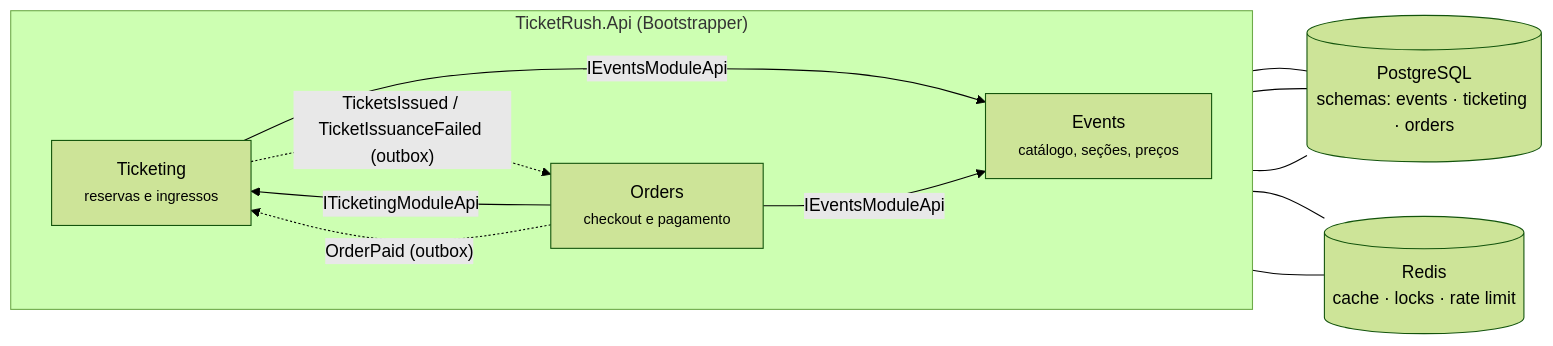
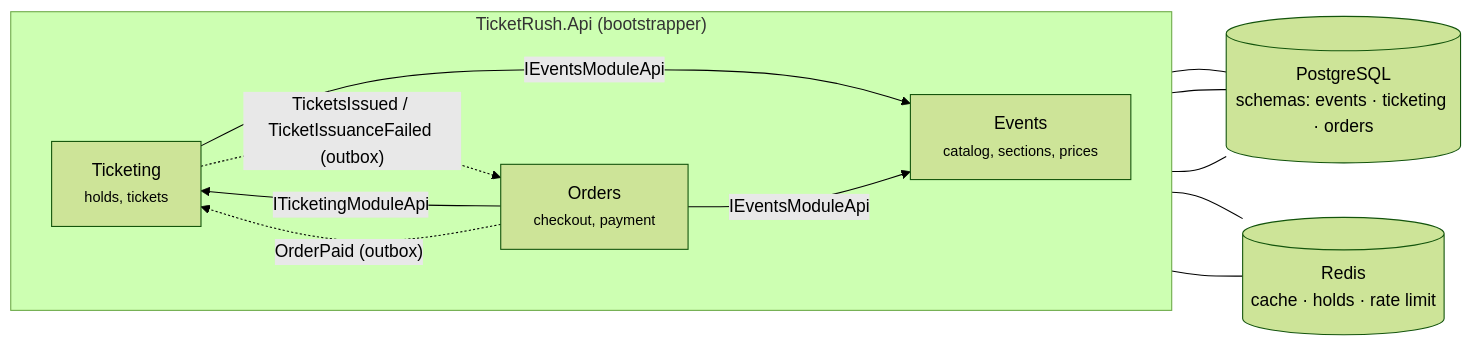
One commit to lucasGomes01/TicketRush changed the first of 2 diagrams in README.md. Above: the diagram before and after it, drawn with Mermaid (forest theme). The commit also changed other lines of this file and 14 other files, not shown here.

````diff
--- a/README.md
+++ b/README.md
@@ -37,21 +35,21 @@
 ```mermaid
 flowchart LR
-    subgraph API["TicketRush.Api (Bootstrapper)"]
+    subgraph API["TicketRush.Api (bootstrapper)"]
       direction LR
-      E["Events<br/><small>catálogo, seções, preços</small>"]
-      T["Ticketing<br/><small>reservas e ingressos</small>"]
-      O["Orders<br/><small>checkout e pagamento</small>"]
+      E["Events<br/><small>catalog, sections, prices</small>"]
+      T["Ticketing<br/><small>holds, tickets</small>"]
+      O["Orders<br/><small>checkout, payment</small>"]
     end
 
     T -- "IEventsModuleApi" --> E
     O -- "IEventsModuleApi" --> E
     O -- "ITicketingModuleApi" --> T
     O -. "OrderPaid (outbox)" .-> T
     T -. "TicketsIssued / TicketIssuanceFailed (outbox)" .-> O
 
     E --- PG[("PostgreSQL<br/>schemas: events · ticketing · orders")]
     T --- PG
     O --- PG
-    E --- R[("Redis<br/>cache · locks · rate limit")]
+    E --- R[("Redis<br/>cache · holds · rate limit")]
     T --- R
 ```
````
